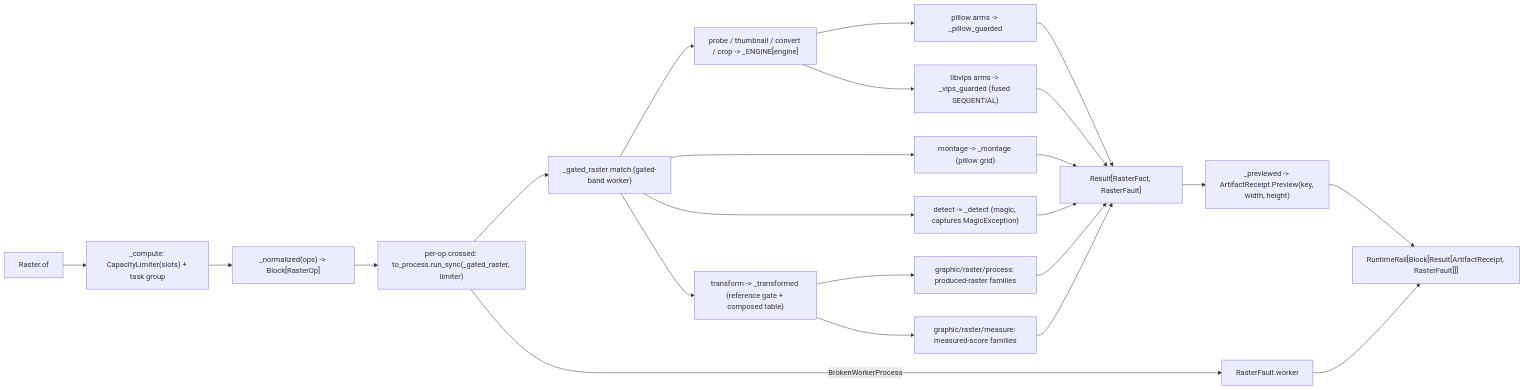
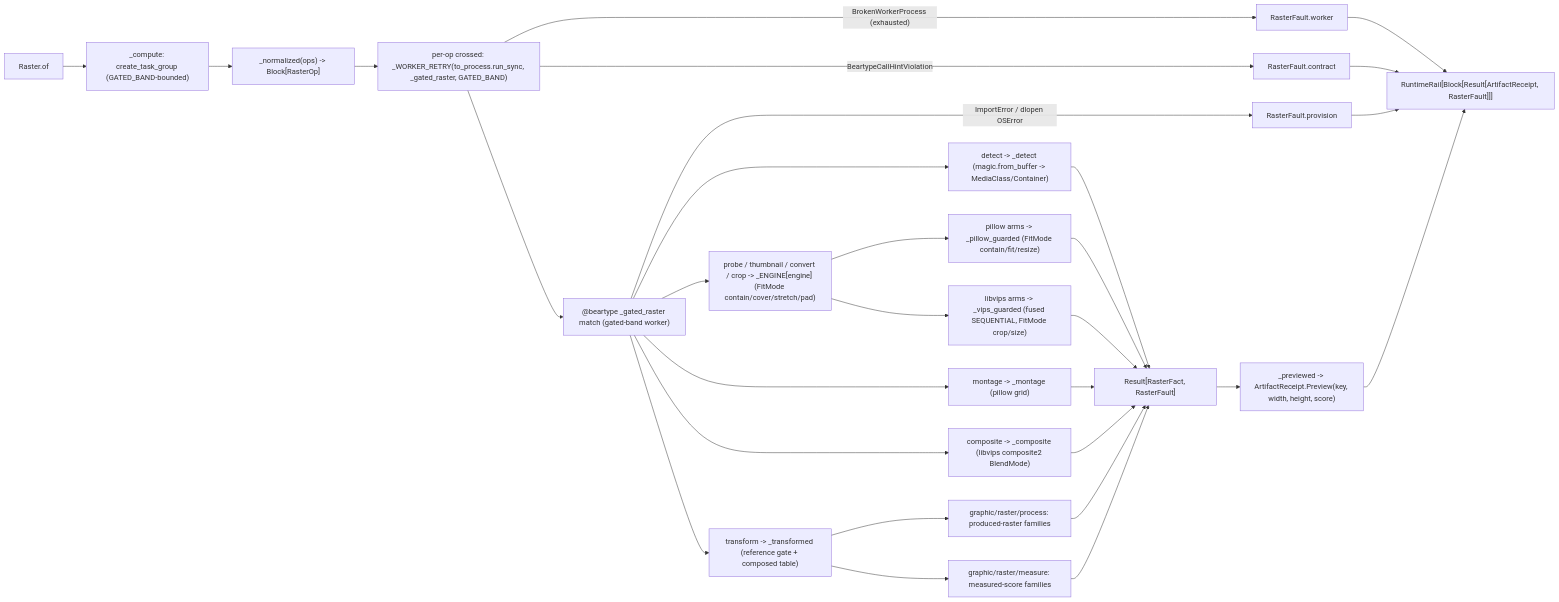
The diagram in libs/python/artifacts/.planning/graphic/raster/io.md (bsamiee/Rasm), drawn with Mermaid before and after one commit. The commit also changed other lines of this file and 21 other files, not shown here.

````diff
--- a/libs/python/artifacts/.planning/graphic/raster/io.md
+++ b/libs/python/artifacts/.planning/graphic/raster/io.md
@@ -459,25 +581,31 @@
 ```mermaid
 flowchart LR
-    Of["Raster.of"] --> Compute["_compute: CapacityLimiter(slots) + task group"]
+    Of["Raster.of"] --> Compute["_compute: create_task_group (GATED_BAND-bounded)"]
     Compute --> Norm["_normalized(ops) -> Block[RasterOp]"]
-    Norm --> Cross["per-op crossed: to_process.run_sync(_gated_raster, limiter)"]
-    Cross -->|"BrokenWorkerProcess"| Worker["RasterFault.worker"]
-    Cross --> Gated["_gated_raster match (gated-band worker)"]
-    Gated --> Det["detect -> _detect (magic, captures MagicException)"]
-    Gated --> Eng["probe / thumbnail / convert / crop -> _ENGINE[engine]"]
+    Norm --> Cross["per-op crossed: _WORKER_RETRY(to_process.run_sync, _gated_raster, GATED_BAND)"]
+    Cross -->|"BrokenWorkerProcess (exhausted)"| Worker["RasterFault.worker"]
+    Cross -->|"BeartypeCallHintViolation"| Contract["RasterFault.contract"]
+    Cross --> Gated["@beartype _gated_raster match (gated-band worker)"]
+    Gated -->|"ImportError / dlopen OSError"| Prov["RasterFault.provision"]
+    Gated --> Det["detect -> _detect (magic.from_buffer -> MediaClass/Container)"]
+    Gated --> Eng["probe / thumbnail / convert / crop -> _ENGINE[engine] (FitMode contain/cover/stretch/pad)"]
     Gated --> Mont["montage -> _montage (pillow grid)"]
+    Gated --> Comp["composite -> _composite (libvips composite2 BlendMode)"]
     Gated --> Tx["transform -> _transformed (reference gate + composed table)"]
-    Eng --> Pil["pillow arms -> _pillow_guarded"]
-    Eng --> Vips["libvips arms -> _vips_guarded (fused SEQUENTIAL)"]
+    Eng --> Pil["pillow arms -> _pillow_guarded (FitMode contain/fit/resize)"]
+    Eng --> Vips["libvips arms -> _vips_guarded (fused SEQUENTIAL, FitMode crop/size)"]
     Tx --> Proc["graphic/raster/process: produced-raster families"]
     Tx --> Meas["graphic/raster/measure: measured-score families"]
     Pil --> Fact["Result[RasterFact, RasterFault]"]
     Vips --> Fact
     Mont --> Fact
+    Comp --> Fact
     Det --> Fact
     Proc --> Fact
     Meas --> Fact
-    Fact --> Preview["_previewed -> ArtifactReceipt.Preview(key, width, height)"]
+    Fact --> Preview["_previewed -> ArtifactReceipt.Preview(key, width, height, score)"]
     Preview --> Rail["RuntimeRail[Block[Result[ArtifactReceipt, RasterFault]]]"]
     Worker --> Rail
+    Contract --> Rail
+    Prov --> Rail
 ```
````
